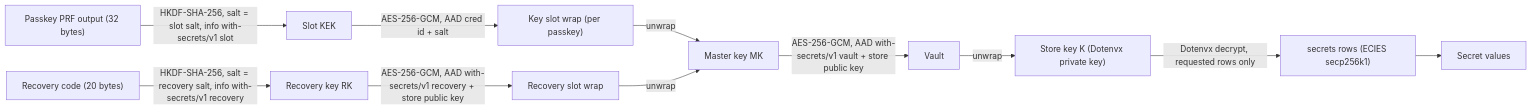
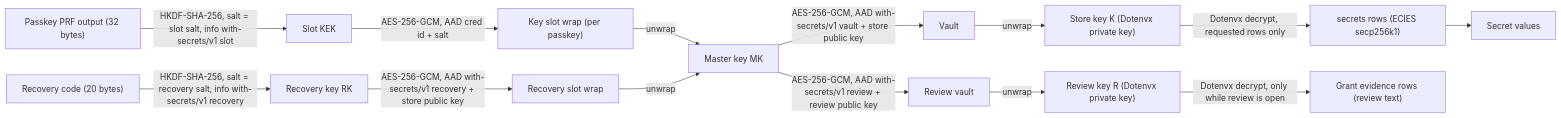
The second of 8 diagrams in docs/architecture.md (CodePenguin/with-secrets), drawn with Mermaid before and after one commit. The commit also changed other lines of this file and 147 other files, not shown here.

````diff
--- a/docs/architecture.md
+++ b/docs/architecture.md
@@ -102,25 +102,31 @@
 ```mermaid
 flowchart LR
     PRF["Passkey PRF output (32 bytes)"]
     KEK["Slot KEK"]
     Slot["Key slot wrap (per passkey)"]
     MK["Master key MK"]
     Vault["Vault"]
     K["Store key K (Dotenvx private key)"]
     Rows["secrets rows (ECIES secp256k1)"]
     Vals["Secret values"]
     Code["Recovery code (20 bytes)"]
     RK["Recovery key RK"]
     RSlot["Recovery slot wrap"]
+    RVault["Review vault"]
+    R["Review key R (Dotenvx private key)"]
+    Evidence["Grant evidence rows (review text)"]
 
     PRF -->|"HKDF-SHA-256, salt = slot salt, info with-secrets/v1 slot"| KEK
     KEK -->|"AES-256-GCM, AAD cred id + salt"| Slot
     Slot -->|"unwrap"| MK
     Code -->|"HKDF-SHA-256, salt = recovery salt, info with-secrets/v1 recovery"| RK
     RK -->|"AES-256-GCM, AAD with-secrets/v1 recovery + store public key"| RSlot
     RSlot -->|"unwrap"| MK
     MK -->|"AES-256-GCM, AAD with-secrets/v1 vault + store public key"| Vault
     Vault -->|"unwrap"| K
     K -->|"Dotenvx decrypt, requested rows only"| Rows
     Rows --> Vals
+    MK -->|"AES-256-GCM, AAD with-secrets/v1 review + review public key"| RVault
+    RVault -->|"unwrap"| R
+    R -->|"Dotenvx decrypt, only while review is open"| Evidence
 ```
````
